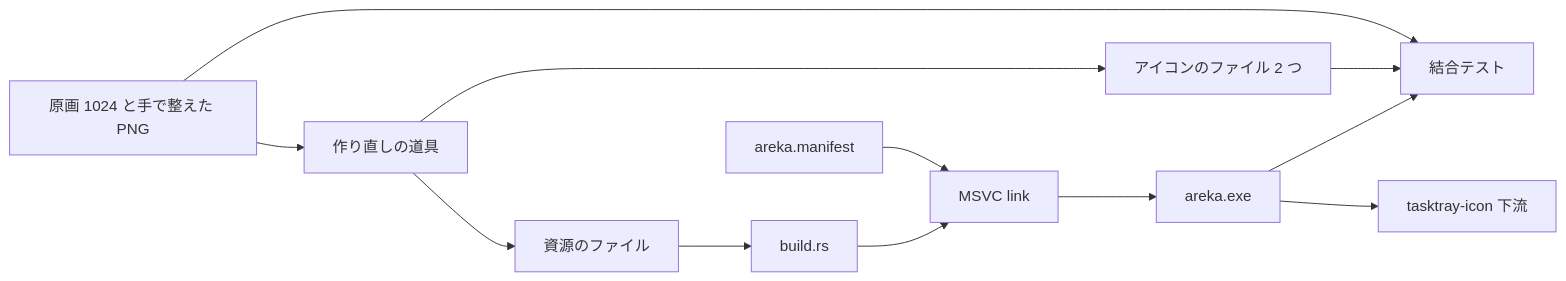
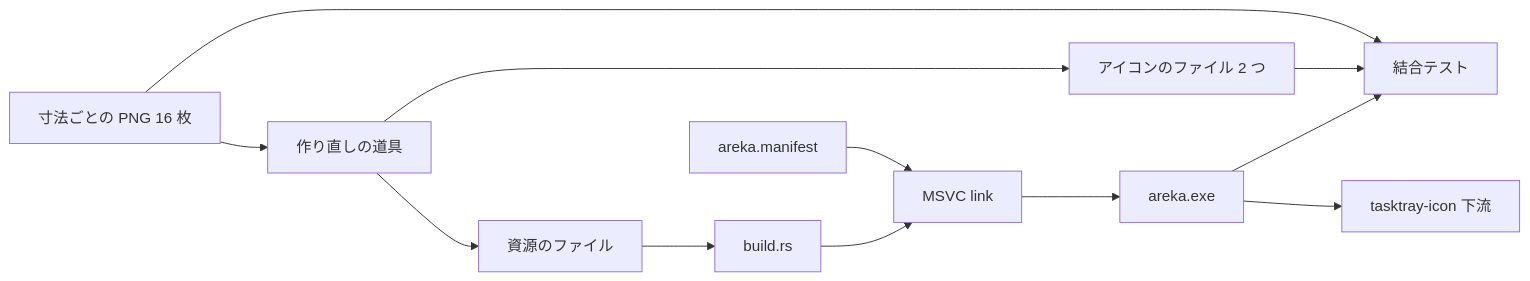
Before and after one commit to ekicyou/areka: the first of 2 diagrams in .kiro/specs/areka-P0-app-icon/design.md, drawn with Mermaid. The commit also changed other lines of this file and 1 other file, not shown here.

````diff
--- a/.kiro/specs/areka-P0-app-icon/design.md
+++ b/.kiro/specs/areka-P0-app-icon/design.md
@@ -69,14 +69,14 @@
 ```mermaid
 graph LR
-    Masters[原画 1024 と手で整えた PNG] --> Tool[作り直しの道具]
+    Masters[寸法ごとの PNG 16 枚] --> Tool[作り直しの道具]
     Tool --> IcoFiles[アイコンのファイル 2 つ]
     Tool --> ResFile[資源のファイル]
     ResFile --> BuildRs[build.rs]
     BuildRs --> Linker[MSVC link]
     Manifest[areka.manifest] --> Linker
     Linker --> Exe[areka.exe]
     Exe --> Test[結合テスト]
     IcoFiles --> Test
     Masters --> Test
     Exe --> Downstream[tasktray-icon 下流]
 ```
````
